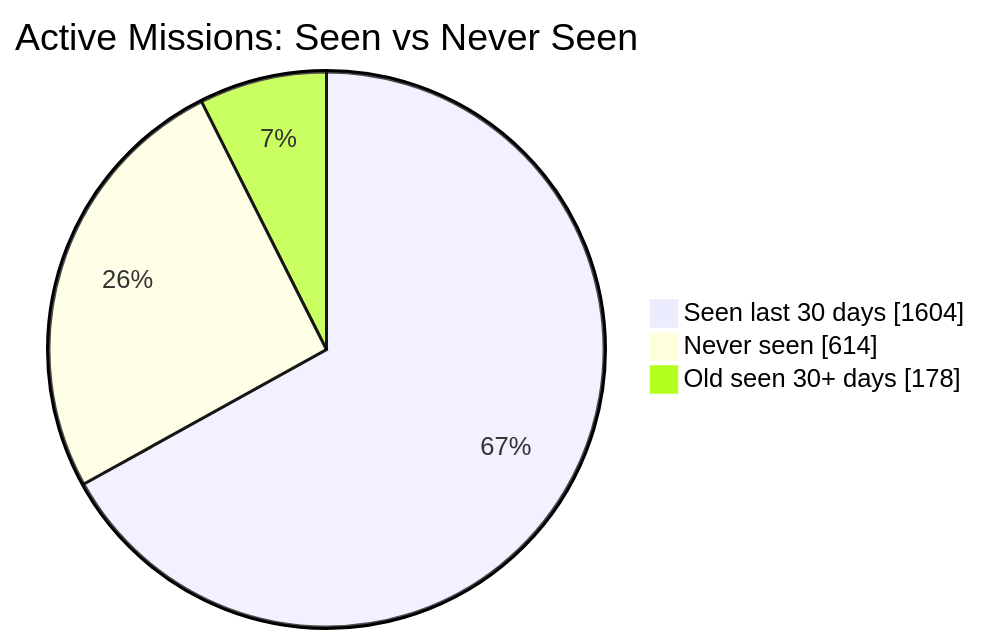
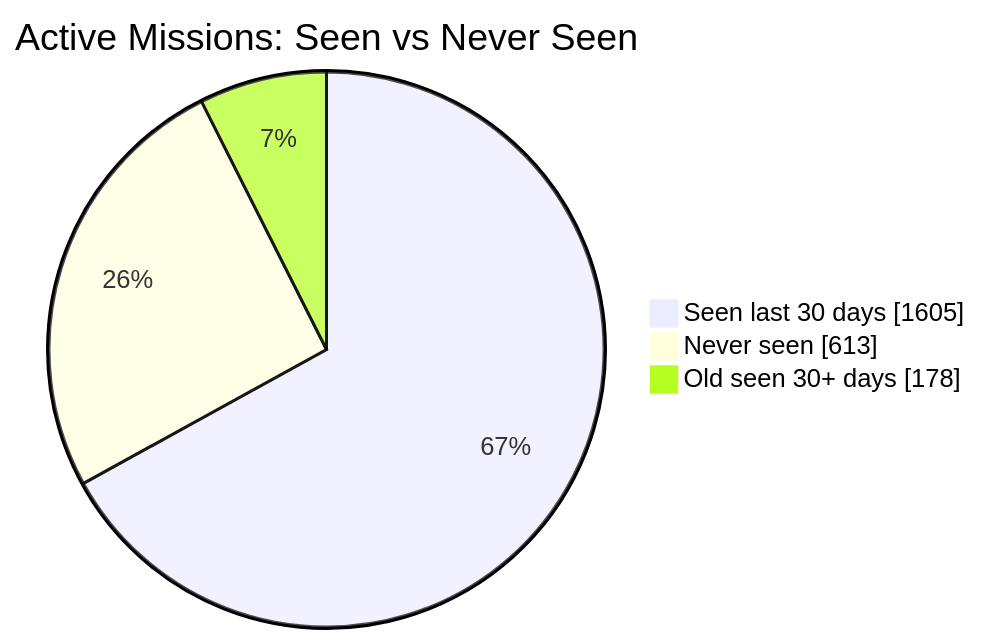
One commit to MeldkamerspelGameTeam/active-missions changed the first of 2 diagrams in README.md. Above: the diagram before and after it, drawn with Mermaid. The commit also changed other lines of this file and 3 other files, not shown here.

````diff
--- a/README.md
+++ b/README.md
@@ -34,7 +34,7 @@
 ```mermaid
 pie showData
     title Active Missions: Seen vs Never Seen
-    "Seen last 30 days" : 1604
-    "Never seen" : 614
+    "Seen last 30 days" : 1605
+    "Never seen" : 613
     "Old seen 30+ days" : 178
 ```
````
